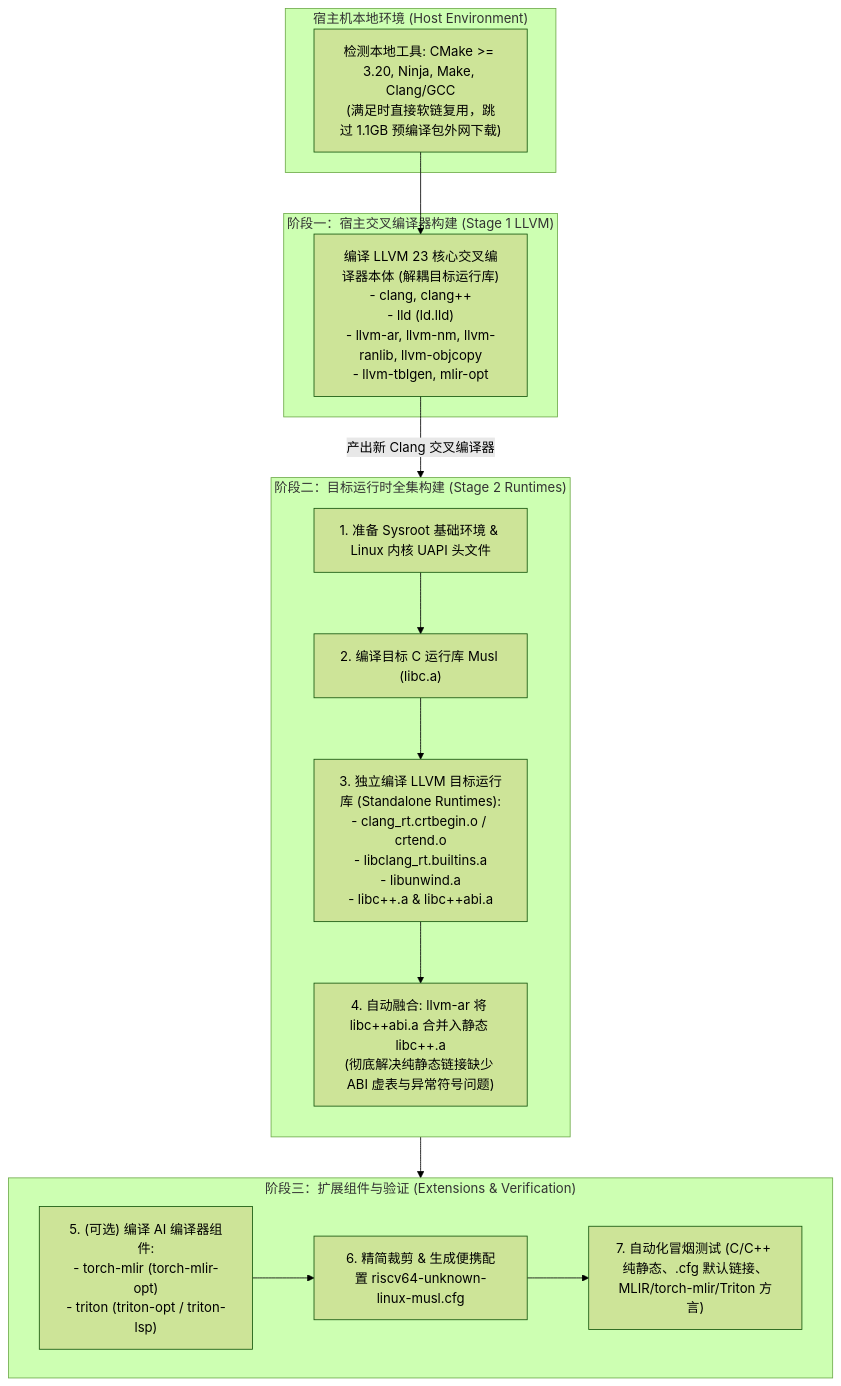
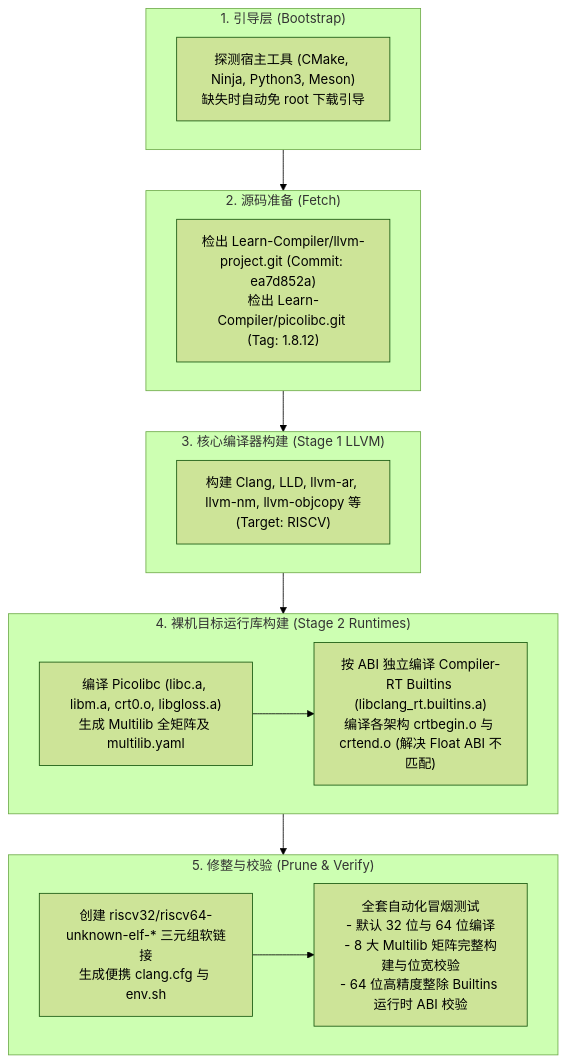
The diagram in README.md (Learn-Compiler/riscv-llvm-musl-toolchain), drawn with Mermaid (forest theme) before and after one commit. The commit also changed other lines of this file and 6 other files, not shown here.

Commit message:
feat: 重构裸机 ELF 工具链，锁定 Learn-Compiler 官方基准版本并完善 Multilib 浮点 ABI 支持

````diff
--- a/README.md
+++ b/README.md
@@ -30,30 +34,28 @@
 ```mermaid
 flowchart TD
-    subgraph Host["宿主机本地环境 (Host Environment)"]
-        H_Tools["检测本地工具: CMake >= 3.20, Ninja, Make, Clang/GCC<br/>(满足时直接软链复用，跳过 1.1GB 预编译包外网下载)"]
+    subgraph Bootstrap["1. 引导层 (Bootstrap)"]
+        B1["探测宿主工具 (CMake, Ninja, Python3, Meson)<br/>缺失时自动免 root 下载引导"]
     end
 
-    subgraph Stage1["阶段一：宿主交叉编译器构建 (Stage 1 LLVM)"]
-        LLVM_Build["编译 LLVM 23 核心交叉编译器本体 (解耦目标运行库)<br/>- clang, clang++<br/>- lld (ld.lld)<br/>- llvm-ar, llvm-nm, llvm-ranlib, llvm-objcopy<br/>- llvm-tblgen, mlir-opt"]
+    subgraph Fetch["2. 源码准备 (Fetch)"]
+        F1["检出 Learn-Compiler/llvm-project.git (Commit: ea7d852a)<br/>检出 Learn-Compiler/picolibc.git (Tag: 1.8.12)"]
     end
 
-    subgraph Stage2["阶段二：目标运行时全集构建 (Stage 2 Runtimes)"]
-        direction TB
-        R_Sysroot["1. 准备 Sysroot 基础环境 & Linux 内核 UAPI 头文件"]
-        R_Musl["2. 编译目标 C 运行库 Musl (libc.a)"]
-        R_Runtimes["3. 独立编译 LLVM 目标运行库 (Standalone Runtimes):<br/>- clang_rt.crtbegin.o / crtend.o<br/>- libclang_rt.builtins.a<br/>- libunwind.a<br/>- libc++.a & libc++abi.a"]
-        R_Merge["4. 自动融合: llvm-ar 将 libc++abi.a 合并入静态 libc++.a<br/>(彻底解决纯静态链接缺少 ABI 虚表与异常符号问题)"]
-        R_Sysroot --> R_Musl --> R_Runtimes --> R_Merge
+    subgraph LLVM["3. 核心编译器构建 (Stage 1 LLVM)"]
+        L1["构建 Clang, LLD, llvm-ar, llvm-nm, llvm-objcopy 等<br/>(Target: RISCV)"]
     end
 
-    subgraph Stage3["阶段三：扩展组件与验证 (Extensions & Verification)"]
-        AI_Plugins["5. (可选) 编译 AI 编译器组件:<br/>- torch-mlir (torch-mlir-opt)<br/>- triton (triton-opt / triton-lsp)"]
-        Prune["6. 精简裁剪 & 生成便携配置 riscv64-unknown-linux-musl.cfg"]
-        Verify["7. 自动化冒烟测试 (C/C++ 纯静态、.cfg 默认链接、MLIR/torch-mlir/Triton 方言)"]
-        AI_Plugins --> Prune --> Verify
+    subgraph Runtimes["4. 裸机目标运行库构建 (Stage 2 Runtimes)"]
+        R1["编译 Picolibc (libc.a, libm.a, crt0.o, libgloss.a)<br/>生成 Multilib 全矩阵及 multilib.yaml"]
+        R2["按 ABI 独立编译 Compiler-RT Builtins (libclang_rt.builtins.a)<br/>编译各架构 crtbegin.o 与 crtend.o (解决 Float ABI 不匹配)"]
+        R1 --> R2
     end
 
-    H_Tools --> LLVM_Build
-    LLVM_Build -->|产出新 Clang 交叉编译器| Stage2
-    Stage2 --> Stage3
+    subgraph PruneVerify["5. 修整与校验 (Prune & Verify)"]
+        P1["创建 riscv32/riscv64-unknown-elf-* 三元组软链接<br/>生成便携 clang.cfg 与 env.sh"]
+        V1["全套自动化冒烟测试<br/>- 默认 32 位与 64 位编译<br/>- 8 大 Multilib 矩阵完整构建与位宽校验<br/>- 64 位高精度整除 Builtins 运行时 ABI 校验"]
+        P1 --> V1
+    end
+
+    Bootstrap --> Fetch --> LLVM --> Runtimes --> PruneVerify
 ```
````
